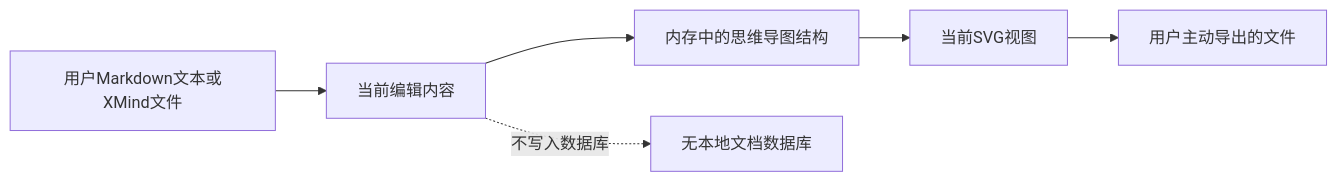
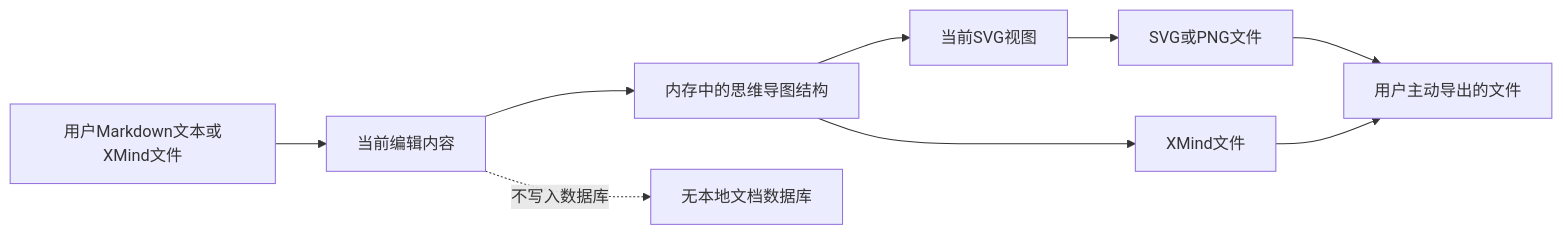
One commit to ddll8023/mindmap changed the fourth of 4 diagrams in doc/模块说明文档.md. Above: the diagram before and after it, drawn with Mermaid. The commit also changed other lines of this file and 8 other files, not shown here.

Commit message:
feat: support XMind export

````diff
--- a/doc/模块说明文档.md
+++ b/doc/模块说明文档.md
@@ -439,8 +457,11 @@
 ```mermaid
 flowchart LR
     SourceFile[用户Markdown文本或XMind文件] --> Memory[当前编辑内容]
     Memory --> Tree[内存中的思维导图结构]
     Tree --> View[当前SVG视图]
-    View --> ExportFile[用户主动导出的文件]
+    View --> GraphicFile[SVG或PNG文件]
+    Tree --> XMindFile[XMind文件]
+    GraphicFile --> ExportFile[用户主动导出的文件]
+    XMindFile --> ExportFile
     Memory -. 不写入数据库 .-> NoDB[无本地文档数据库]
 ```
````
